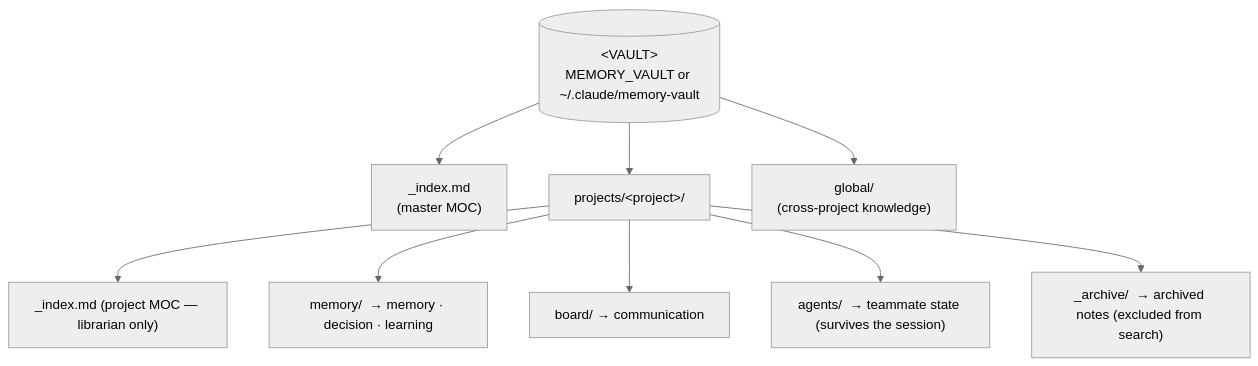
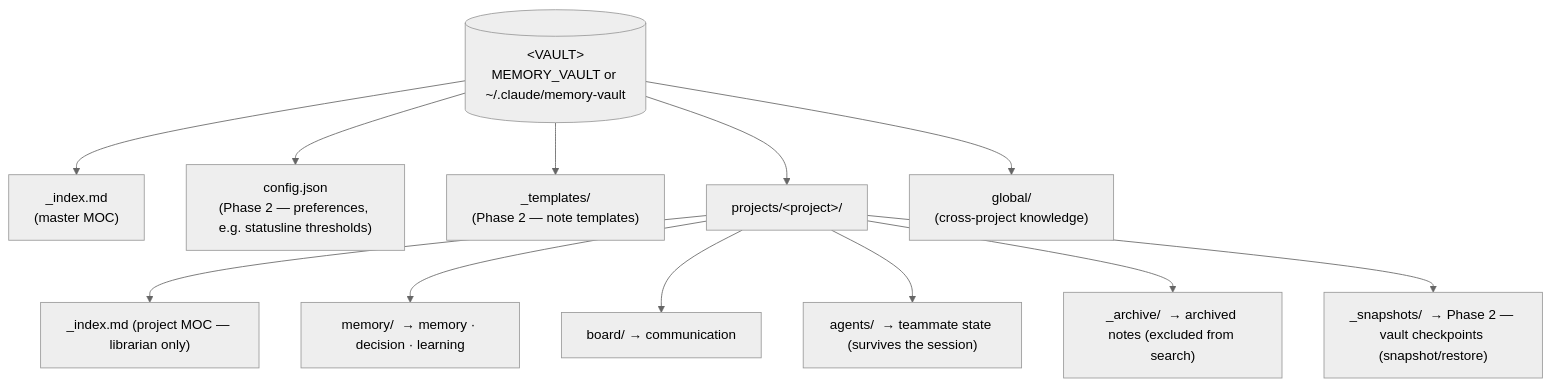
The fifth of 6 diagrams in README.md (MatheusChiodi/AgentTeam-Memory), drawn with Mermaid (neutral theme) before and after one commit. The commit also changed other lines of this file and 28 other files, not shown here.

````diff
--- a/README.md
+++ b/README.md
@@ -197,12 +233,15 @@
 ```mermaid
 flowchart TD
   ROOT[("&lt;VAULT&gt;<br/>MEMORY_VAULT or ~/.claude/memory-vault")]
   ROOT --> IDX["_index.md<br/>(master MOC)"]
+  ROOT --> CFG["config.json<br/>(Phase 2 — preferences, e.g. statusline thresholds)"]
+  ROOT --> TPL["_templates/<br/>(Phase 2 — note templates)"]
   ROOT --> PROJ["projects/&lt;project&gt;/"]
   ROOT --> GLB["global/<br/>(cross-project knowledge)"]
   PROJ --> PIDX["_index.md (project MOC — librarian only)"]
   PROJ --> MEM["memory/  → memory · decision · learning"]
   PROJ --> BRD["board/   → communication"]
   PROJ --> AGT["agents/  → teammate state (survives the session)"]
   PROJ --> ARC["_archive/  → archived notes (excluded from search)"]
+  PROJ --> SNP["_snapshots/  → Phase 2 — vault checkpoints (snapshot/restore)"]
 ```
````
